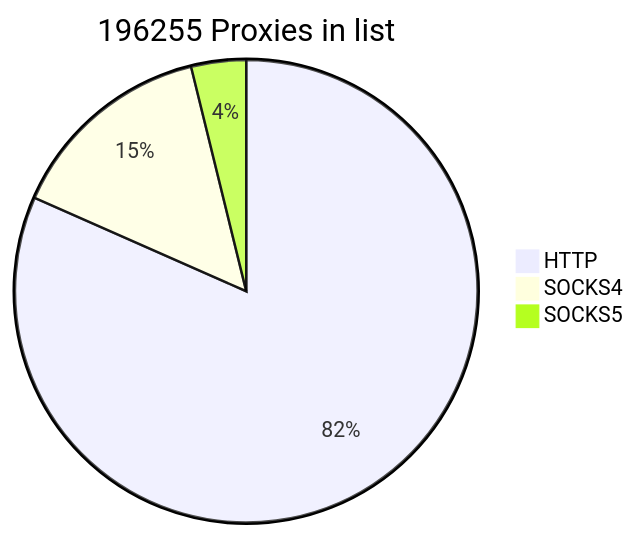
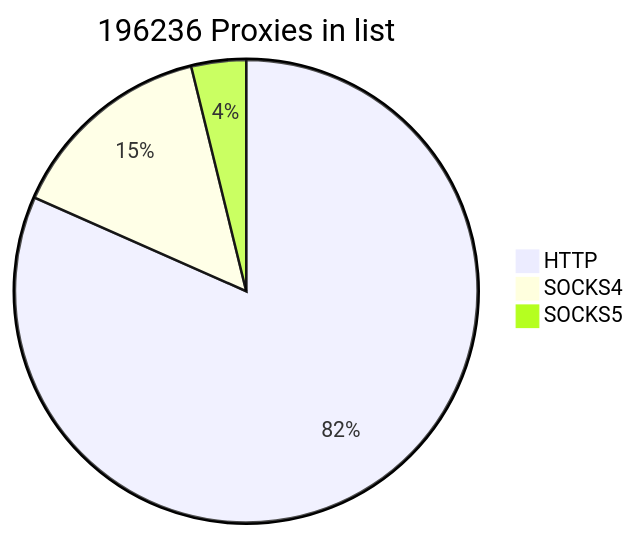
Before and after one commit to cutipu/proxylist: the first of 2 diagrams in README.md, drawn with Mermaid. The commit also changed other lines of this file, not shown here.

````diff
--- a/README.md
+++ b/README.md
@@ -2,7 +2,7 @@
 ```mermaid
-pie title 196255 Proxies in list
-    "HTTP" : 160180
-    "SOCKS4" : 28548
-    "SOCKS5" : 7527
+pie title 196236 Proxies in list
+    "HTTP" : 160179
+    "SOCKS4" : 28551
+    "SOCKS5" : 7506
             
 ```
````
